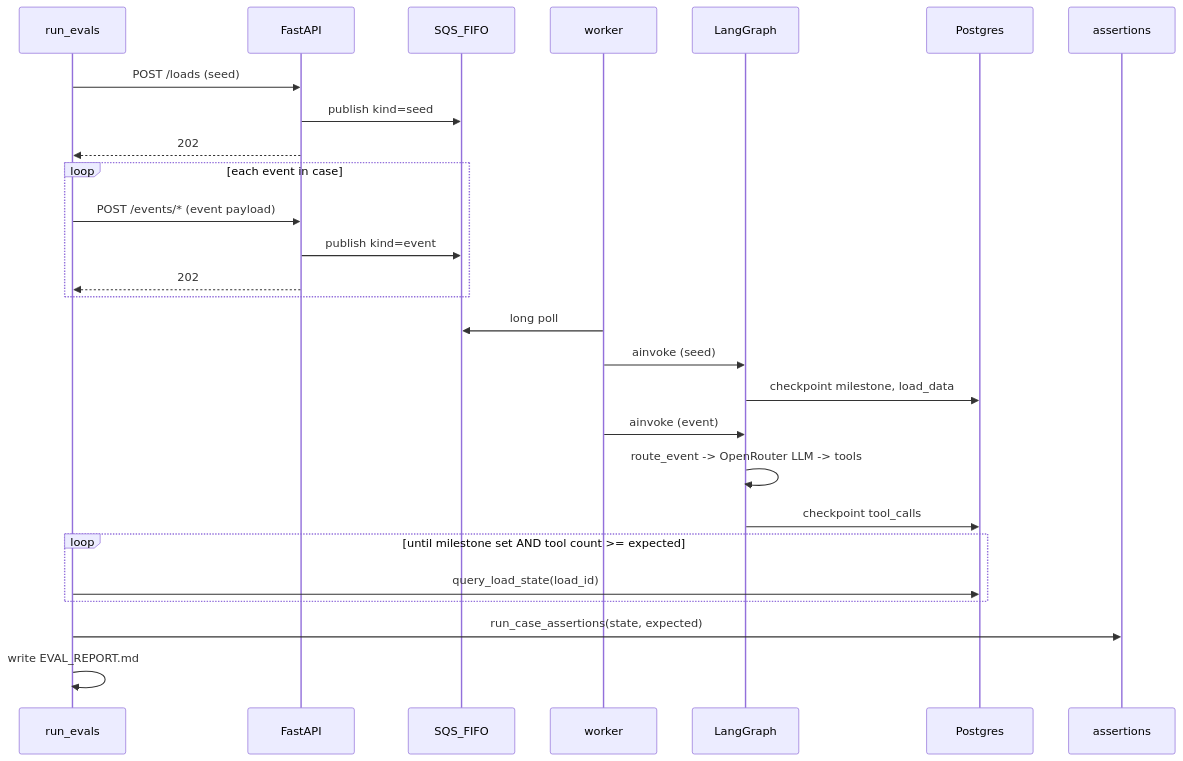
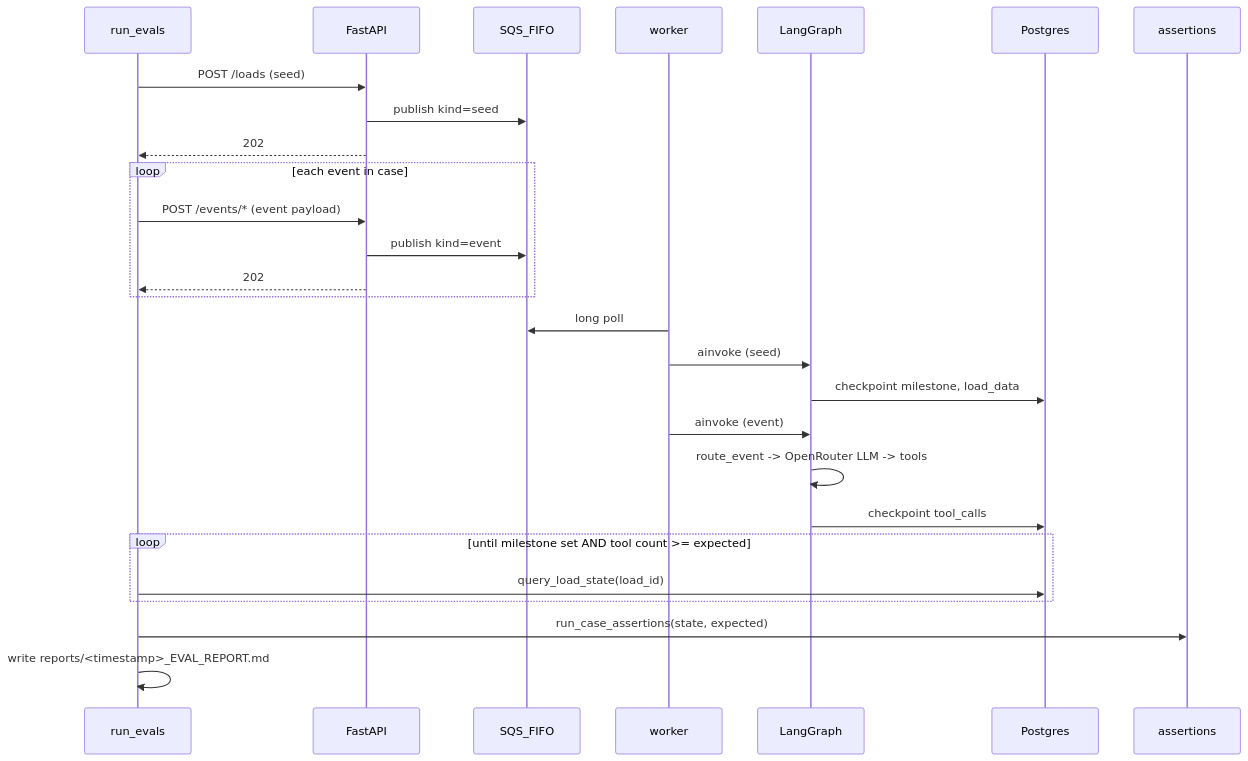
The first of 2 diagrams in evals/README.md (agualbbus/fh-challenge), drawn with Mermaid before and after one commit. The commit also changed other lines of this file and 6 other files, not shown here.

````diff
--- a/evals/README.md
+++ b/evals/README.md
@@ -59,30 +59,30 @@
 ```mermaid
 sequenceDiagram
     participant Harness as run_evals
     participant API as FastAPI
     participant SQS as SQS_FIFO
     participant Worker as worker
     participant Graph as LangGraph
     participant PG as Postgres
     participant Asserts as assertions
 
     Harness->>API: POST /loads (seed)
     API->>SQS: publish kind=seed
     API-->>Harness: 202
     loop each event in case
         Harness->>API: POST /events/* (event payload)
         API->>SQS: publish kind=event
         API-->>Harness: 202
     end
     Worker->>SQS: long poll
     Worker->>Graph: ainvoke (seed)
     Graph->>PG: checkpoint milestone, load_data
     Worker->>Graph: ainvoke (event)
     Graph->>Graph: route_event -> OpenRouter LLM -> tools
     Graph->>PG: checkpoint tool_calls
     loop until milestone set AND tool count >= expected
         Harness->>PG: query_load_state(load_id)
     end
     Harness->>Asserts: run_case_assertions(state, expected)
-    Harness->>Harness: write EVAL_REPORT.md
+    Harness->>Harness: write reports/<timestamp>_EVAL_REPORT.md
 ```
````
